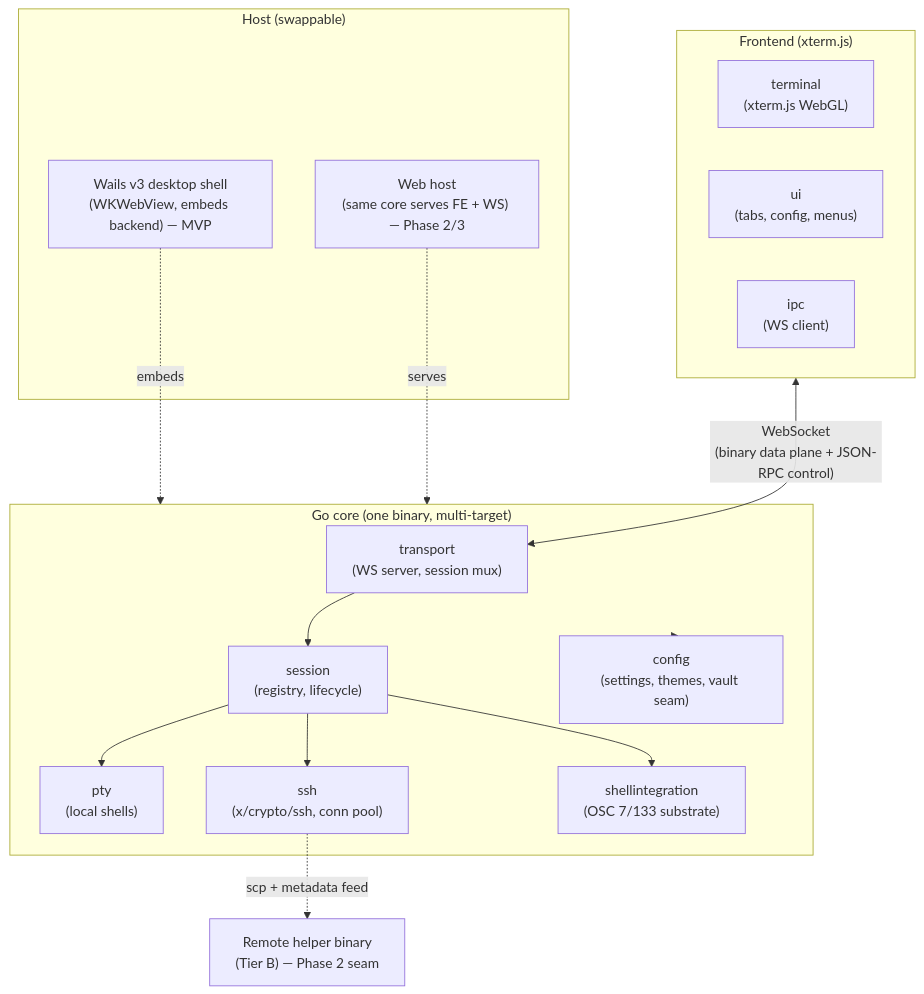
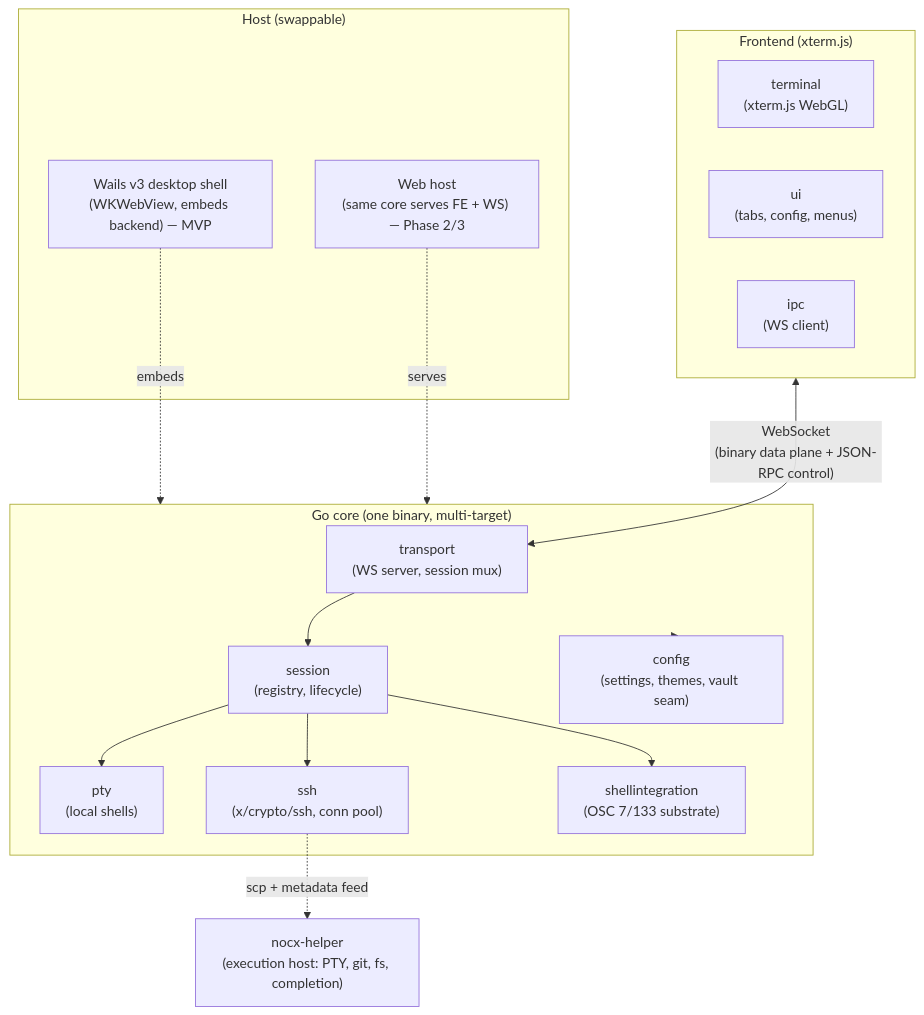
The first of 2 diagrams in docs/architecture.md (shady2k/nocx), drawn with Mermaid before and after one commit. The commit also changed other lines of this file and 2 other files, not shown here.

````diff
--- a/docs/architecture.md
+++ b/docs/architecture.md
@@ -16,34 +16,34 @@
 ```mermaid
 graph TB
     subgraph host["Host (swappable)"]
         wails["Wails v3 desktop shell<br/>(WKWebView, embeds backend) — MVP"]
         webhost["Web host<br/>(same core serves FE + WS) — Phase 2/3"]
     end
 
     subgraph fe["Frontend (xterm.js)"]
         terminal["terminal<br/>(xterm.js WebGL)"]
         ui["ui<br/>(tabs, config, menus)"]
         ipc["ipc<br/>(WS client)"]
     end
 
     subgraph core["Go core (one binary, multi-target)"]
         transport["transport<br/>(WS server, session mux)"]
         session["session<br/>(registry, lifecycle)"]
         pty["pty<br/>(local shells)"]
         ssh["ssh<br/>(x/crypto/ssh, conn pool)"]
         config["config<br/>(settings, themes, vault seam)"]
         shellint["shellintegration<br/>(OSC 7/133 substrate)"]
     end
 
-    remote["Remote helper binary<br/>(Tier B) — Phase 2 seam"]
+    remote["nocx-helper<br/>(execution host: PTY, git, fs, completion)"]
 
     wails -.embeds.-> core
     webhost -.serves.-> core
     fe <-->|"WebSocket<br/>(binary data plane + JSON-RPC control)"| transport
     transport --> session
     session --> pty
     session --> ssh
     session --> shellint
     core --> config
     ssh -.->|"scp + metadata feed"| remote
 ```
````
